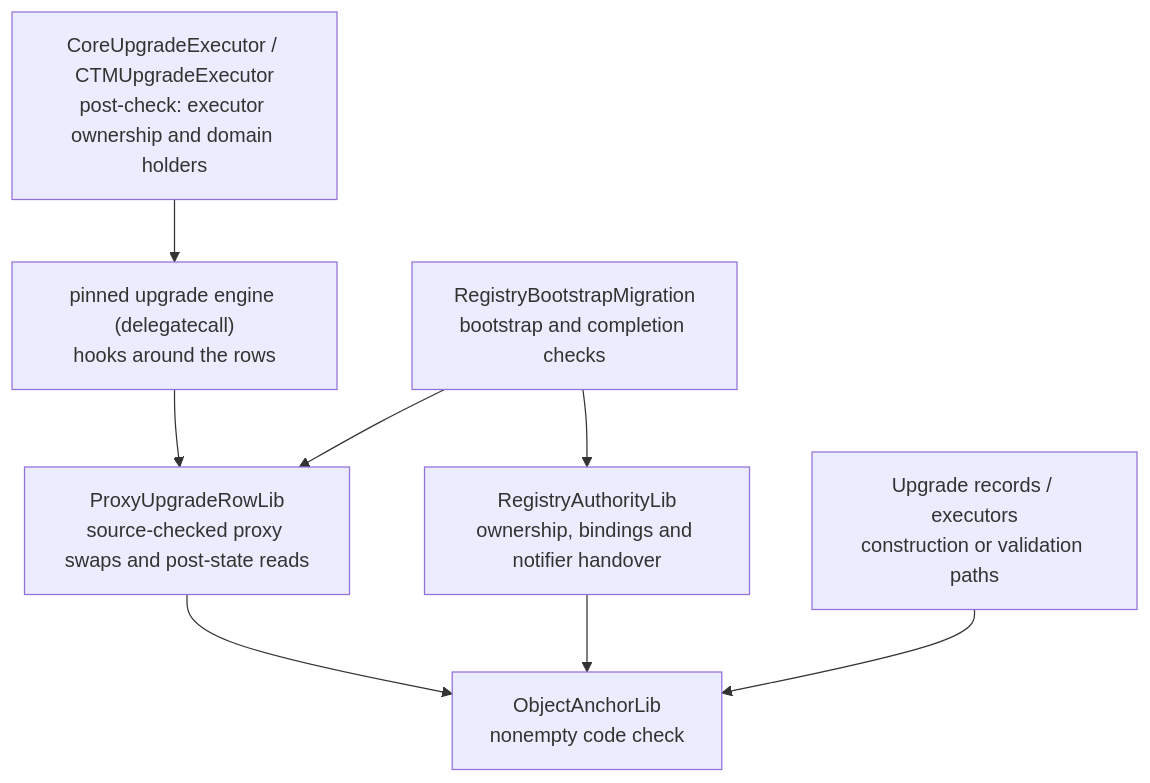
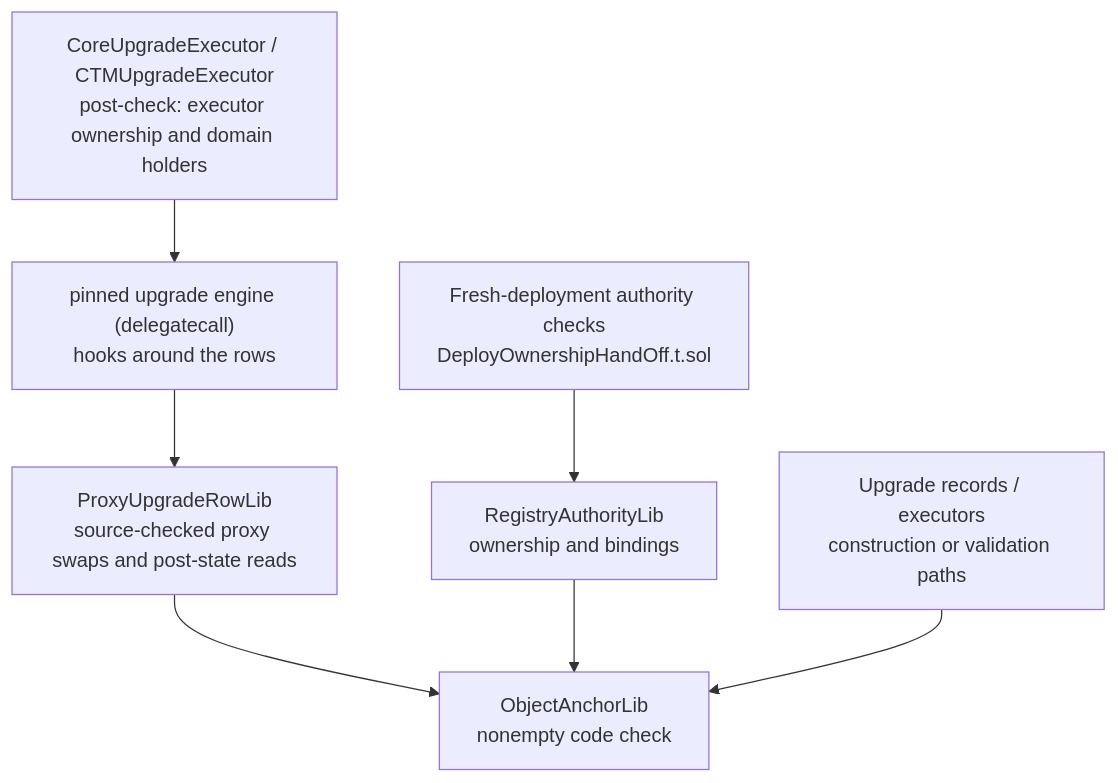
The fifth of 9 diagrams in docs/registry-driven-upgrades.md (matter-labs/era-contracts), drawn with Mermaid before and after one commit. The commit also changed other lines of this file and 151 other files, not shown here.

````diff
--- a/docs/registry-driven-upgrades.md
+++ b/docs/registry-driven-upgrades.md
@@ -318,18 +310,17 @@
 ```mermaid
 flowchart TB
     EXECUTORS["CoreUpgradeExecutor / CTMUpgradeExecutor<br/>post-check: executor ownership and domain holders"]
     ENGINE["pinned upgrade engine (delegatecall)<br/>hooks around the rows"]
     ROWS["ProxyUpgradeRowLib<br/>source-checked proxy swaps and post-state reads"]
-    BOOT["RegistryBootstrapMigration<br/>bootstrap and completion checks"]
-    AUTH["RegistryAuthorityLib<br/>ownership, bindings and notifier handover"]
+    SHAPE["Fresh-deployment authority checks<br/>DeployOwnershipHandOff.t.sol"]
+    AUTH["RegistryAuthorityLib<br/>ownership and bindings"]
     OBJECTS["Upgrade records / executors<br/>construction or validation paths"]
     CODE["ObjectAnchorLib<br/>nonempty code check"]
 
     EXECUTORS --> ENGINE
     ENGINE --> ROWS
-    BOOT --> ROWS
-    BOOT --> AUTH
+    SHAPE --> AUTH
     ROWS --> CODE
     AUTH --> CODE
     OBJECTS --> CODE
 ```
````
